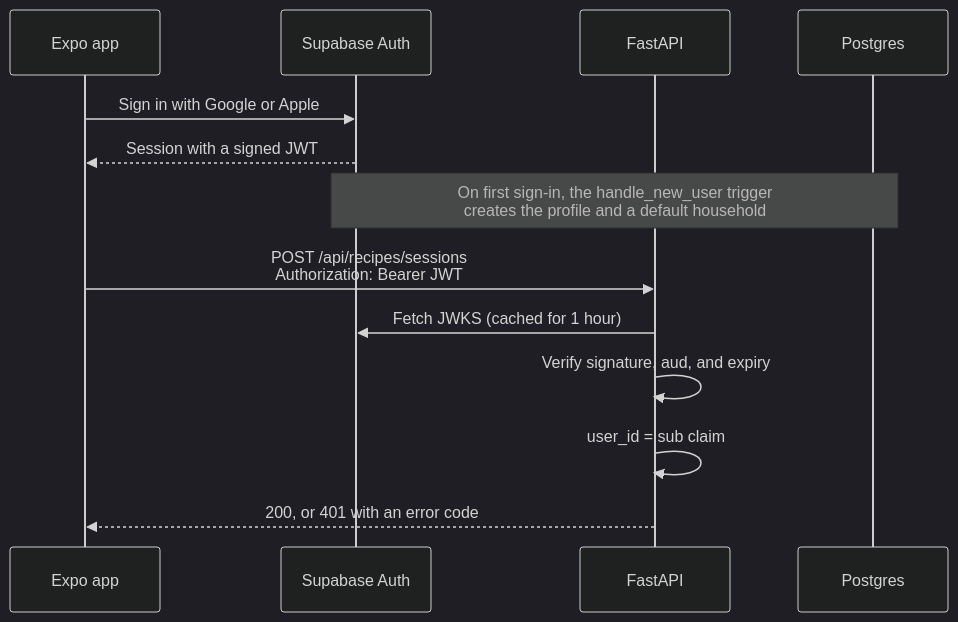
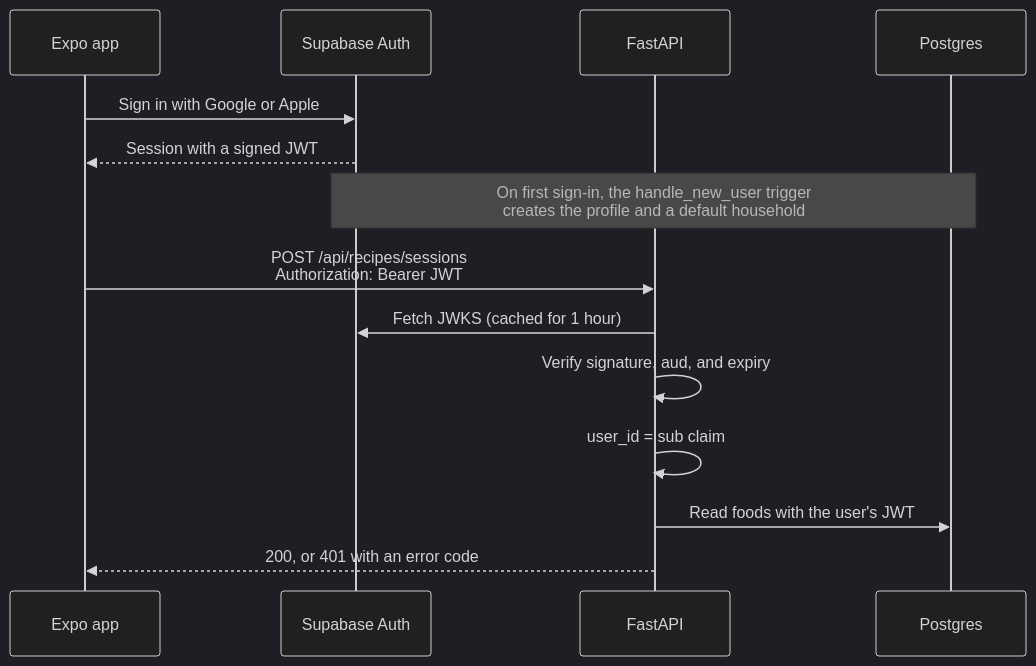
Before and after one commit to brandon-sanchez/FreshPlate: the second of 5 diagrams in docs/architecture.md, drawn with Mermaid (dark theme). The commit also changed other lines of this file, not shown here.

First line of the commit message:
docs: describe the architecture as it runs on main (#276)

````diff
--- a/docs/architecture.md
+++ b/docs/architecture.md
@@ -60,16 +94,17 @@
 ```mermaid
 sequenceDiagram
 	participant App as Expo app
 	participant SA as Supabase Auth
 	participant API as FastAPI
 	participant DB as Postgres
 
 	App->>SA: Sign in with Google or Apple
 	SA-->>App: Session with a signed JWT
 	Note over SA,DB: On first sign-in, the handle_new_user trigger<br/>creates the profile and a default household
 	App->>API: POST /api/recipes/sessions<br/>Authorization: Bearer JWT
 	API->>SA: Fetch JWKS (cached for 1 hour)
 	API->>API: Verify signature, aud, and expiry
 	API->>API: user_id = sub claim
+	API->>DB: Read foods with the user's JWT
 	API-->>App: 200, or 401 with an error code
 ```
````
